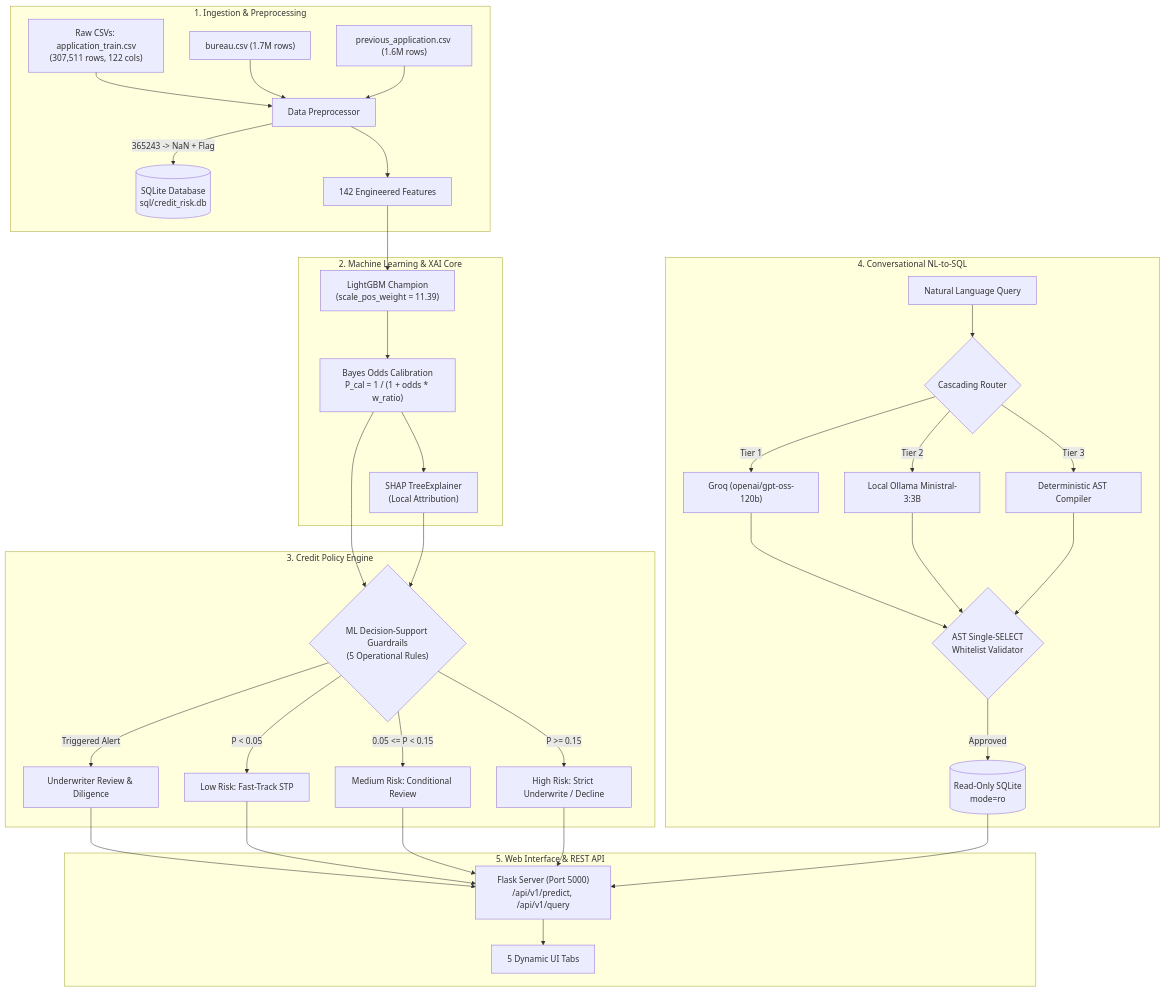
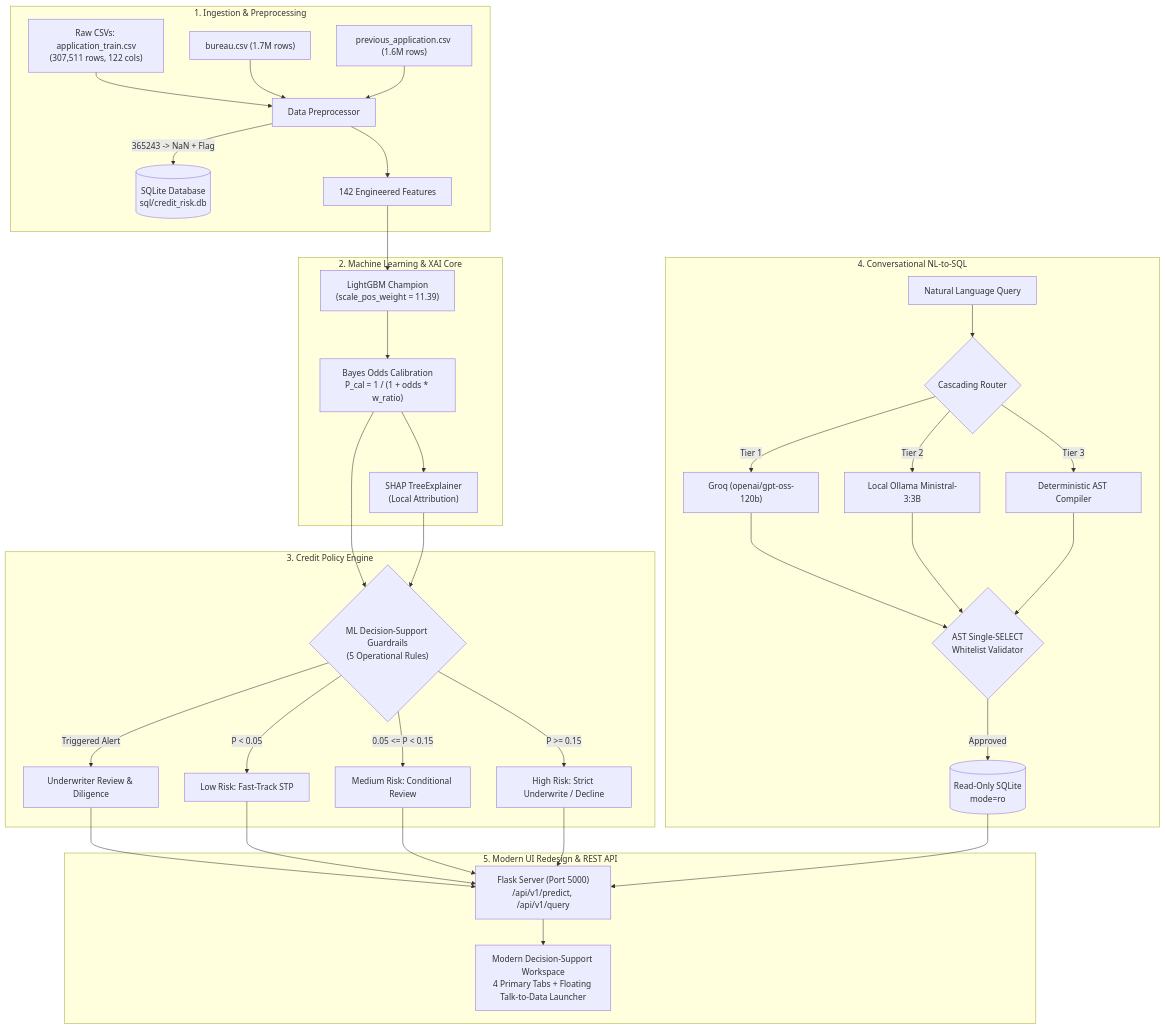
The first of 2 diagrams in README.md (saurabhburnwal/credit-risk-intelligence-platform), drawn with Mermaid before and after one commit. The commit also changed other lines of this file and 5 other files, not shown here.

````diff
--- a/README.md
+++ b/README.md
@@ -25,39 +25,39 @@
 ```mermaid
 flowchart TD
     subgraph Data_Pipeline["1. Ingestion & Preprocessing"]
         A1["Raw CSVs: application_train.csv<br/>(307,511 rows, 122 cols)"] --> AP["Data Preprocessor"]
         A2["bureau.csv (1.7M rows)"] --> AP
         A3["previous_application.csv (1.6M rows)"] --> AP
         AP -->|"365243 -> NaN + Flag"| DB[("SQLite Database<br/>sql/credit_risk.db")]
         AP --> FE["142 Engineered Features"]
     end
 
     subgraph ML_Core["2. Machine Learning & XAI Core"]
         FE --> LGB["LightGBM Champion<br/>(scale_pos_weight = 11.39)"]
         LGB --> CAL["Bayes Odds Calibration<br/>P_cal = 1 / (1 + odds * w_ratio)"]
         CAL --> TE["SHAP TreeExplainer<br/>(Local Attribution)"]
     end
 
     subgraph Decision_Engine["3. Credit Policy Engine"]
         CAL & TE --> PE{"ML Decision-Support Guardrails<br/>(5 Operational Rules)"}
         PE -->|"Triggered Alert"| R_DEC["Underwriter Review & Diligence"]
         PE -->|"P < 0.05"| R_LOW["Low Risk: Fast-Track STP"]
         PE -->|"0.05 <= P < 0.15"| R_MED["Medium Risk: Conditional Review"]
         PE -->|"P >= 0.15"| R_HI["High Risk: Strict Underwrite / Decline"]
     end
 
     subgraph Talk_To_Data["4. Conversational NL-to-SQL"]
         NL["Natural Language Query"] --> ROUTER{"Cascading Router"}
         ROUTER -->|"Tier 1"| GROQ["Groq (openai/gpt-oss-120b)"]
         ROUTER -->|"Tier 2"| OLLAMA["Local Ollama Ministral-3:3B"]
         ROUTER -->|"Tier 3"| DET["Deterministic AST Compiler"]
         GROQ & OLLAMA & DET --> VAL{"AST Single-SELECT<br/>Whitelist Validator"}
         VAL -->|"Approved"| RO_DB[("Read-Only SQLite<br/>mode=ro")]
     end
 
-    subgraph UI_Layer["5. Web Interface & REST API"]
+    subgraph UI_Layer["5. Modern UI Redesign & REST API"]
         R_DEC & R_LOW & R_MED & R_HI --> FLASK["Flask Server (Port 5000)<br/>/api/v1/predict, /api/v1/query"]
         RO_DB --> FLASK
-        FLASK --> WEB["5 Dynamic UI Tabs"]
+        FLASK --> WEB["Modern Decision-Support Workspace<br/>4 Primary Tabs + Floating Talk-to-Data Launcher"]
     end
 ```
````
